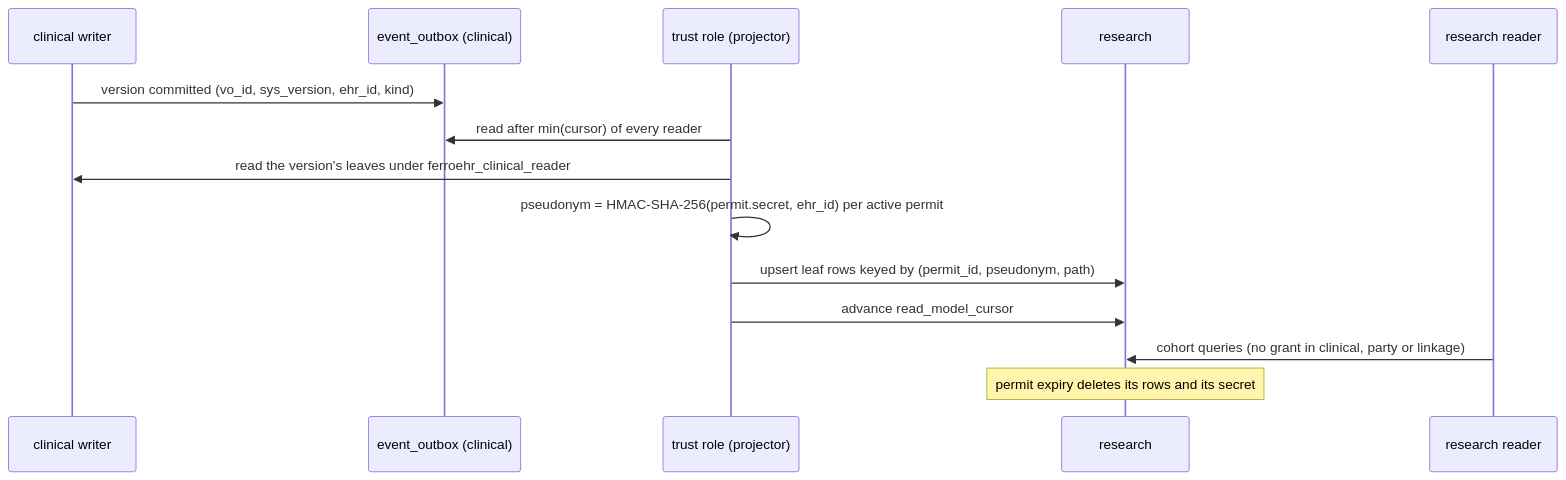
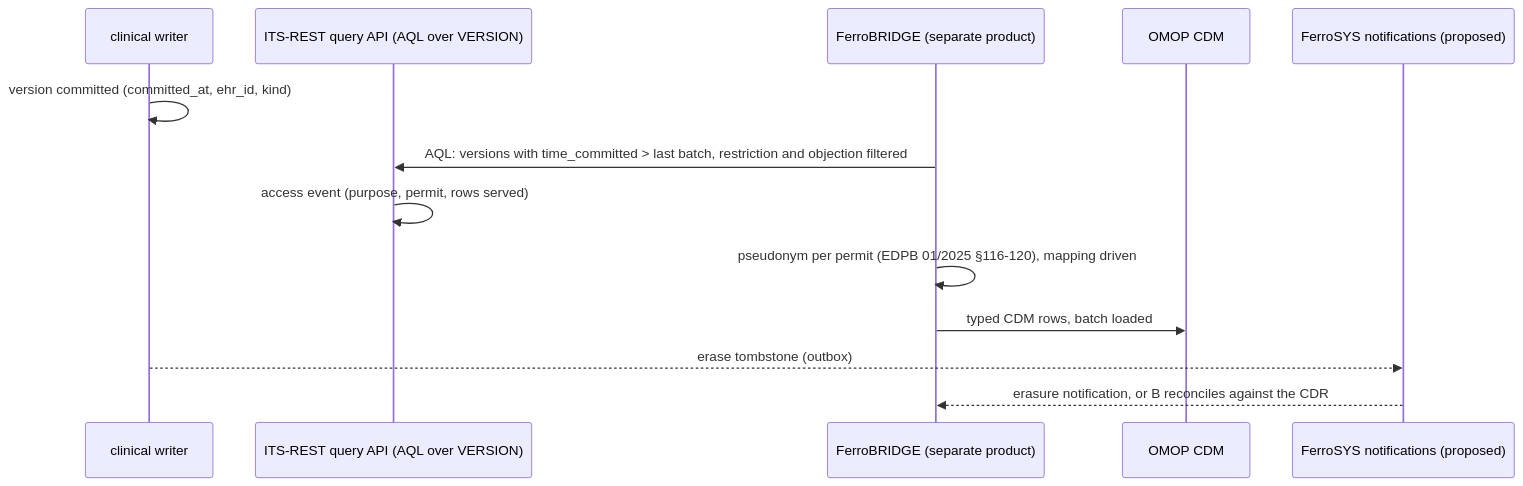
Before and after one commit to rubentalstra/FerroEHR: the fourth of 5 diagrams in docs/plans/storage-redesign.md, drawn with Mermaid. The commit also changed other lines of this file and 6 other files, not shown here.

First line of the commit message:
docs(plans): the storage rewrite follows the FerroHEALTH drawing: a single-tenant instance, secondary use through FerroBRIDGE (#3385)

````diff
--- a/docs/plans/storage-redesign.md
+++ b/docs/plans/storage-redesign.md
@@ -527,16 +520,15 @@
 ```mermaid
 sequenceDiagram
   participant W as clinical writer
-  participant O as event_outbox (clinical)
-  participant T as trust role (projector)
-  participant R as research
-  participant Q as research reader
-  W->>O: version committed (vo_id, sys_version, ehr_id, kind)
-  T->>O: read after min(cursor) of every reader
-  T->>W: read the version's leaves under ferroehr_clinical_reader
-  T->>T: pseudonym = HMAC-SHA-256(permit.secret, ehr_id) per active permit
-  T->>R: upsert leaf rows keyed by (permit_id, pseudonym, path)
-  T->>R: advance read_model_cursor
-  Q->>R: cohort queries (no grant in clinical, party or linkage)
-  Note over R: permit expiry deletes its rows and its secret
+  participant Q as ITS-REST query API (AQL over VERSION)
+  participant B as FerroBRIDGE (separate product)
+  participant M as OMOP CDM
+  participant S as FerroSYS notifications (proposed)
+  W->>W: version committed (committed_at, ehr_id, kind)
+  B->>Q: AQL: versions with time_committed > last batch, restriction and objection filtered
+  Q->>Q: access event (purpose, permit, rows served)
+  B->>B: pseudonym per permit (EDPB 01/2025 §116-120), mapping driven
+  B->>M: typed CDM rows, batch loaded
+  W-->>S: erase tombstone (outbox)
+  S-->>B: erasure notification, or B reconciles against the CDR
 ```
````
